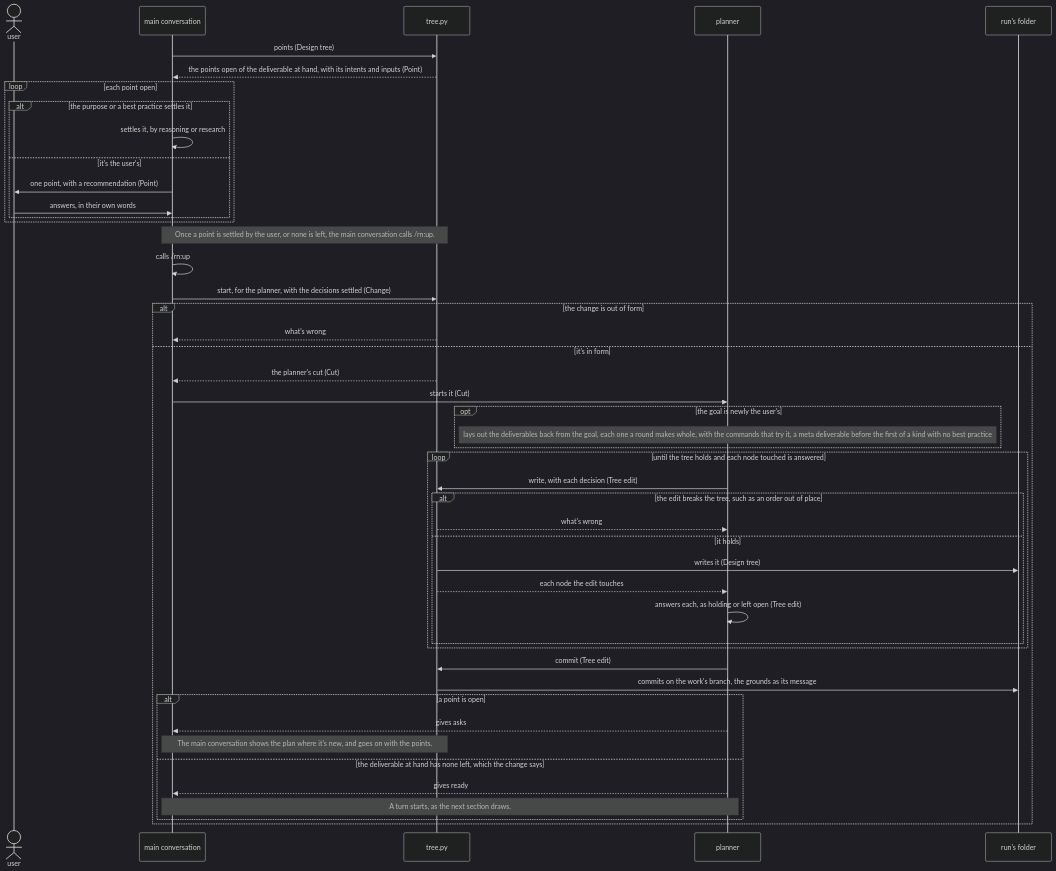
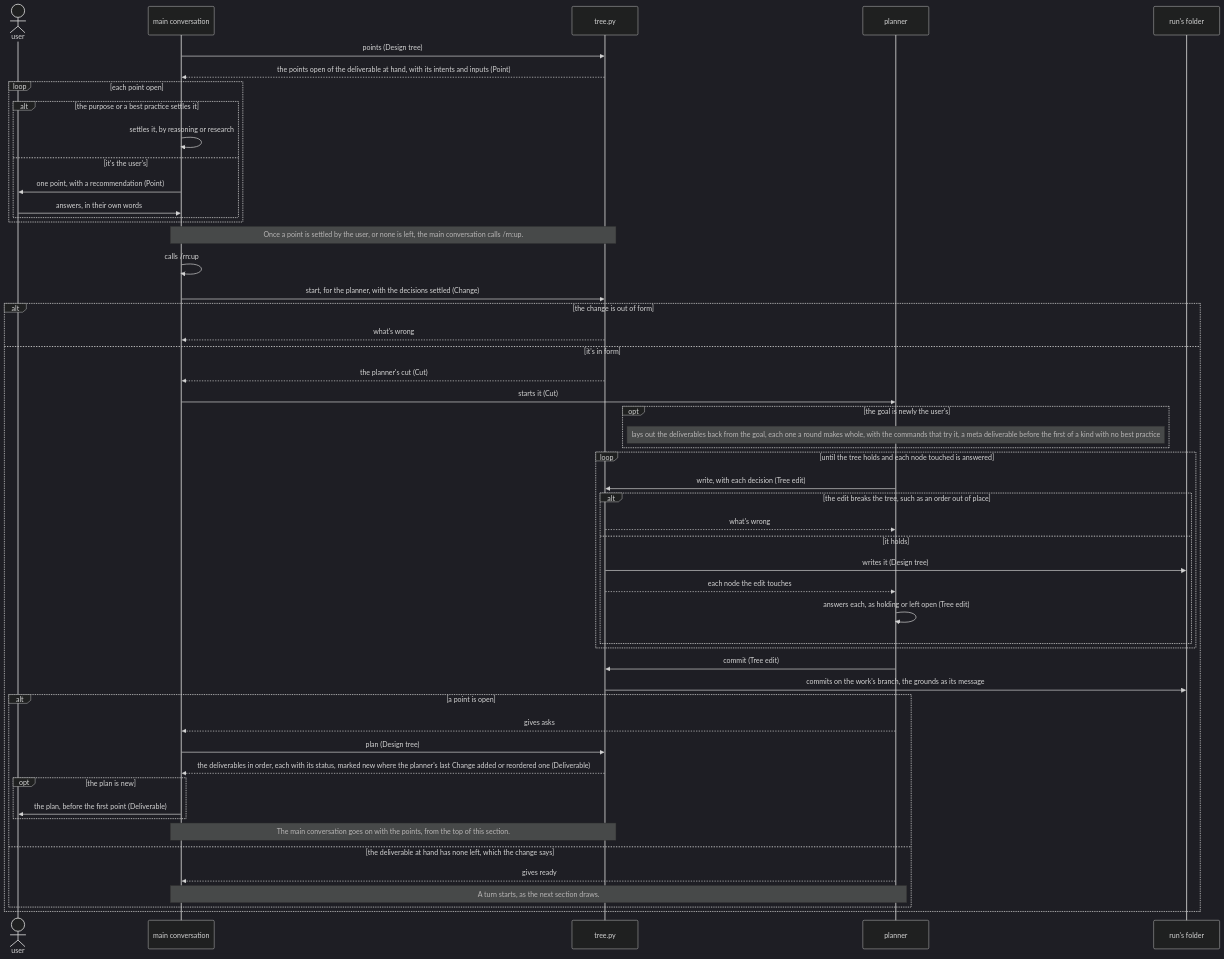
The second of 6 diagrams in dev/rn/architecture.md (lovaizu/ccpm), drawn with Mermaid (dark theme) before and after one commit. The commit also changed other lines of this file and 4 other files, not shown here.

````diff
--- a/dev/rn/architecture.md
+++ b/dev/rn/architecture.md
@@ -472,49 +475,54 @@
 ```mermaid
 sequenceDiagram
   actor U as user
   participant M as main conversation
   participant T as tree.py
   participant P as planner
   participant R as run's folder
   M->>T: points (Design tree)
   T-->>M: the points open of the deliverable at hand, with its intents and inputs (Point)
   loop each point open
     alt the purpose or a best practice settles it
       M->>M: settles it, by reasoning or research
     else it's the user's
       M->>U: one point, with a recommendation (Point)
       U->>M: answers, in their own words
     end
   end
   Note over M,T: Once a point is settled by the user, or none is left, the main conversation calls /rn:up.
   M->>M: calls /rn:up
   M->>T: start, for the planner, with the decisions settled (Change)
   alt the change is out of form
     T-->>M: what's wrong
   else it's in form
     T-->>M: the planner's cut (Cut)
     M->>P: starts it (Cut)
     opt the goal is newly the user's
       Note over P: lays out the deliverables back from the goal, each one a round makes whole, with the commands that try it, a meta deliverable before the first of a kind with no best practice
     end
     loop until the tree holds and each node touched is answered
       P->>T: write, with each decision (Tree edit)
       alt the edit breaks the tree, such as an order out of place
         T-->>P: what's wrong
       else it holds
         T->>R: writes it (Design tree)
         T-->>P: each node the edit touches
         P->>P: answers each, as holding or left open (Tree edit)
       end
     end
     P->>T: commit (Tree edit)
     T->>R: commits on the work's branch, the grounds as its message
     alt a point is open
       P-->>M: gives asks
-      Note over M,T: The main conversation shows the plan where it's new, and goes on with the points.
+      M->>T: plan (Design tree)
+      T-->>M: the deliverables in order, each with its status, marked new where the planner's last Change added or reordered one (Deliverable)
+      opt the plan is new
+        M->>U: the plan, before the first point (Deliverable)
+      end
+      Note over M,T: The main conversation goes on with the points, from the top of this section.
     else the deliverable at hand has none left, which the change says
       P-->>M: gives ready
       Note over M,P: A turn starts, as the next section draws.
     end
   end
 ```
````
